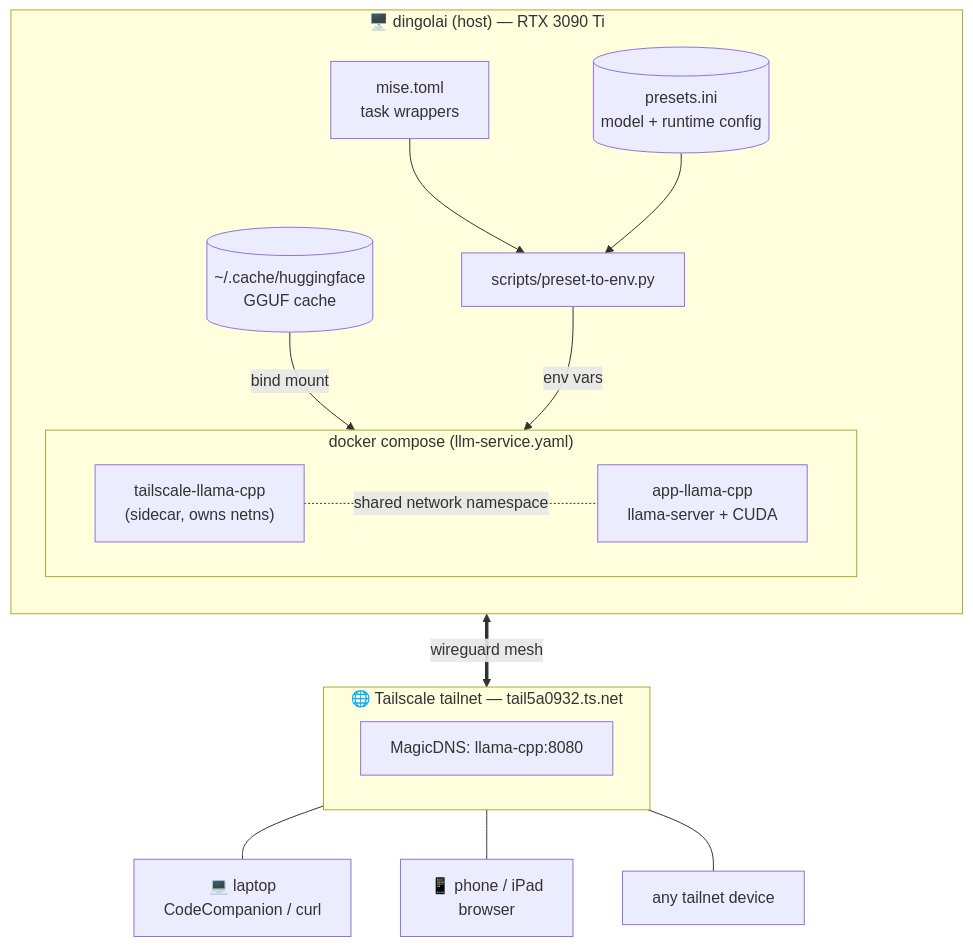
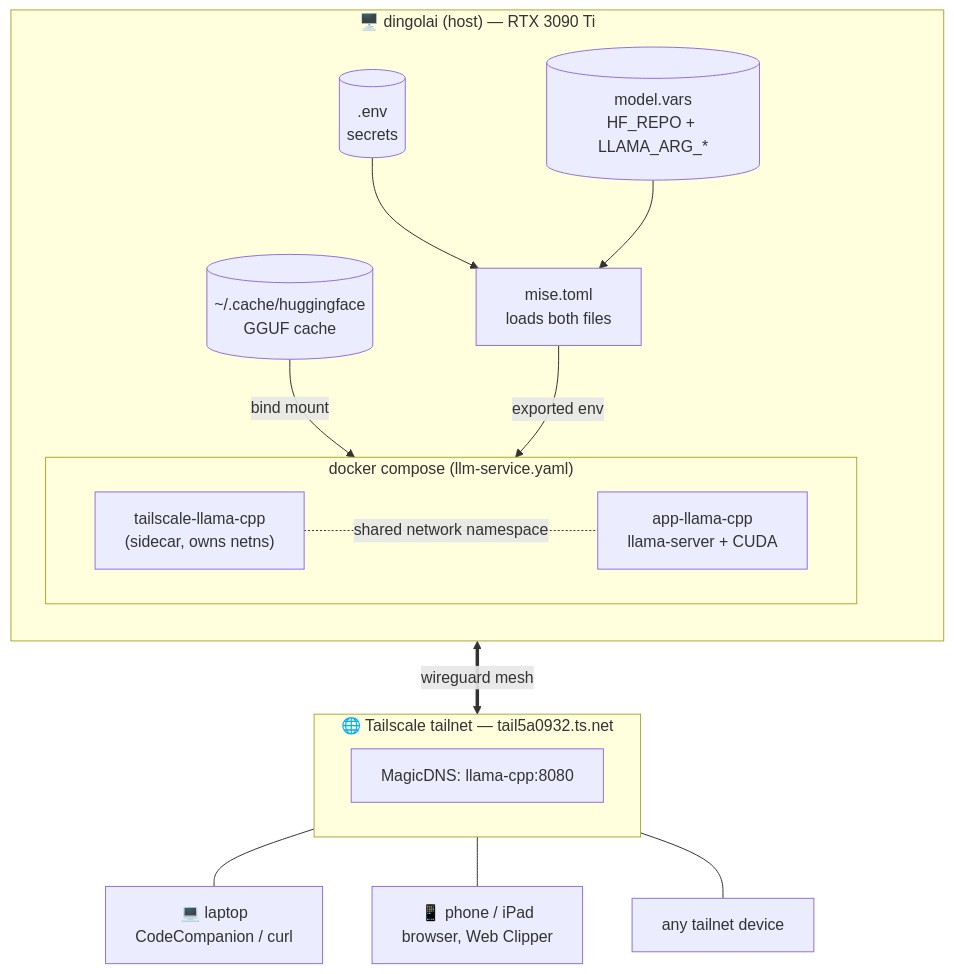
Before and after one commit to ale-alfaro/dotfiles: the diagram in common/llm/README.md, drawn with Mermaid. The commit also changed other lines of this file and 54 other files, not shown here.

````diff
--- a/common/llm/README.md
+++ b/common/llm/README.md
@@ -22,36 +22,36 @@
 ```mermaid
 flowchart TB
     subgraph host["🖥️ dingolai (host) — RTX 3090 Ti"]
         direction TB
-        presets[("presets.ini<br/>model + runtime config")]
+        envs[(".env<br/>secrets")]
+        vars[("model.vars<br/>HF_REPO + LLAMA_ARG_*")]
+        mise["mise.toml<br/>loads both files"]
         cache[("~/.cache/huggingface<br/>GGUF cache")]
-        adapter["scripts/preset-to-env.py"]
-        mise["mise.toml<br/>task wrappers"]
 
         subgraph stack["docker compose (llm-service.yaml)"]
             direction LR
             ts["tailscale-llama-cpp<br/>(sidecar, owns netns)"]
             llama["app-llama-cpp<br/>llama-server + CUDA"]
             ts -. "shared network namespace" .- llama
         end
 
-        mise --> adapter
-        presets --> adapter
-        adapter -->|env vars| stack
+        envs --> mise
+        vars --> mise
+        mise -->|exported env| stack
         cache -->|bind mount| llama
     end
 
     subgraph mesh["🌐 Tailscale tailnet — tail5a0932.ts.net"]
         magicdns["MagicDNS: llama-cpp:8080"]
     end
 
     ts <==>|wireguard mesh| mesh
 
     laptop["💻 laptop<br/>CodeCompanion / curl"]
-    phone["📱 phone / iPad<br/>browser"]
+    phone["📱 phone / iPad<br/>browser, Web Clipper"]
     other["any tailnet device"]
 
     mesh --- laptop
     mesh --- phone
     mesh --- other
 ```
````
